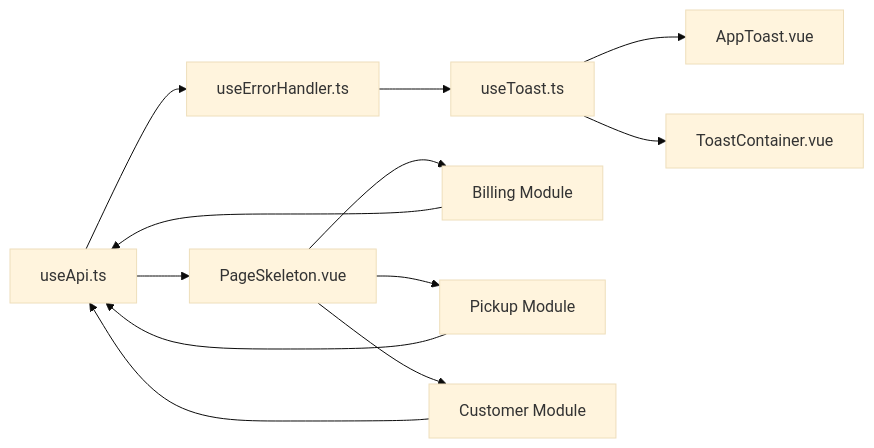
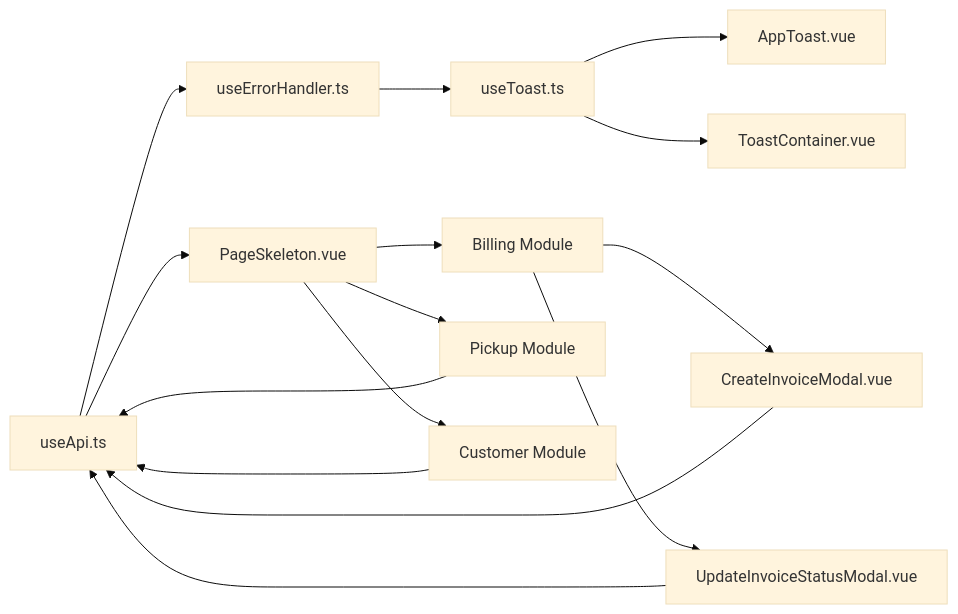
The tenth of 10 diagrams in .qoder/repowiki/en/content/Architecture & Design/API Integration & Communication.md (Lazynerd-Studios/lacarte-atlas-console), drawn with Mermaid (base theme) before and after one commit. The commit also changed other lines of this file and 32 other files, not shown here.

````diff
--- a/.qoder/repowiki/en/content/Architecture & Design/API Integration & Communication.md
+++ b/.qoder/repowiki/en/content/Architecture & Design/API Integration & Communication.md
@@ -568,14 +666,17 @@
 ```mermaid
 graph LR
 useApi["useApi.ts"] --> useErrorHandler["useErrorHandler.ts"]
 useErrorHandler --> useToast["useToast.ts"]
 useToast --> AppToast["AppToast.vue"]
 useToast --> ToastContainer["ToastContainer.vue"]
 useApi --> PageSkeleton["PageSkeleton.vue"]
 PageSkeleton --> BillingModule["Billing Module"]
 PageSkeleton --> PickupModule["Pickup Module"]
 PageSkeleton --> CustomerModule["Customer Module"]
-BillingModule --> useApi
+BillingModule --> CreateInvoiceModal["CreateInvoiceModal.vue"]
+BillingModule --> UpdateInvoiceStatusModal["UpdateInvoiceStatusModal.vue"]
+CreateInvoiceModal --> useApi
+UpdateInvoiceStatusModal --> useApi
 PickupModule --> useApi
 CustomerModule --> useApi
 ```
````
